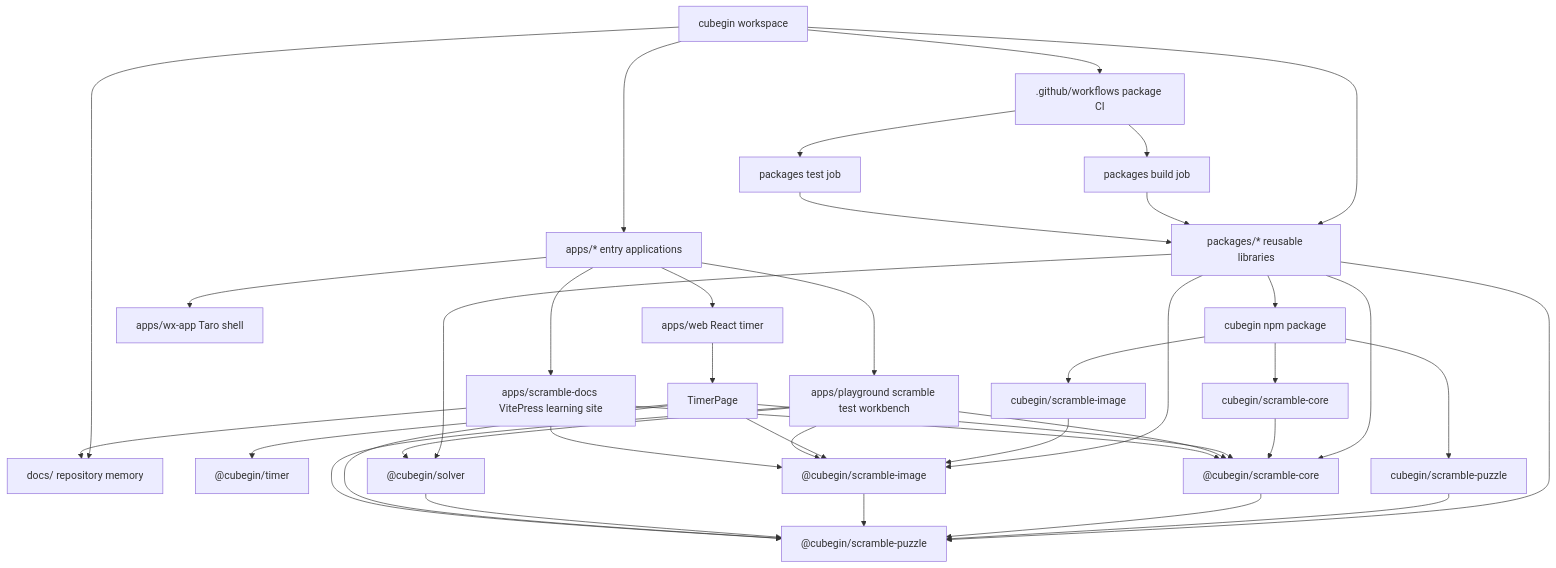
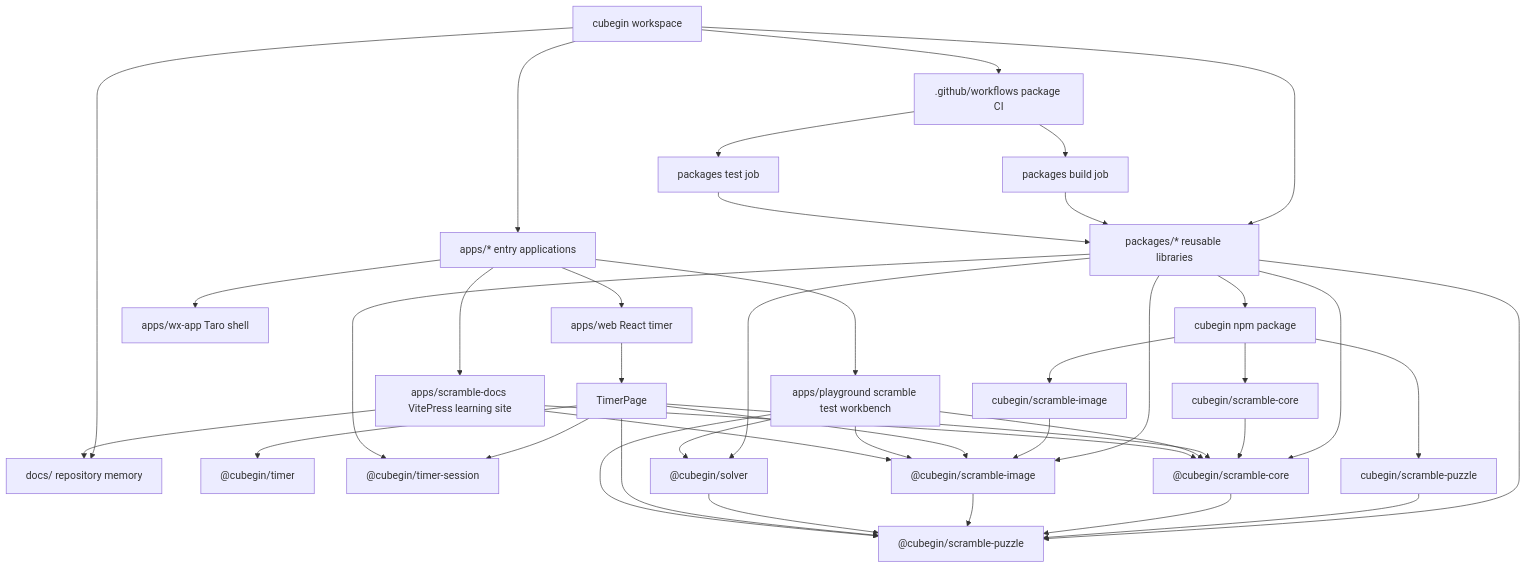
One commit to deweyou/cube-kit changed the diagram in docs/project-structure.md. Above: the diagram before and after it, drawn with Mermaid. The commit also changed other lines of this file and 14 other files, not shown here.

Commit message:
docs: update timer session memory

````diff
--- a/docs/project-structure.md
+++ b/docs/project-structure.md
@@ -3,41 +3,43 @@
 ```mermaid
 flowchart TD
     Root["cubegin workspace"] --> Apps["apps/* entry applications"]
     Root --> Packages["packages/* reusable libraries"]
     Root --> Docs["docs/ repository memory"]
     Root --> Ci[".github/workflows package CI"]
     Apps --> Web["apps/web React timer"]
     Apps --> Playground["apps/playground scramble test workbench"]
     Apps --> ScrambleDocs["apps/scramble-docs VitePress learning site"]
     Apps --> Wx["apps/wx-app Taro shell"]
     Web --> TimerPage["TimerPage"]
     TimerPage --> TimerPkg["@cubegin/timer"]
+    TimerPage --> TimerSessionPkg["@cubegin/timer-session"]
     Packages --> PublicCore["cubegin npm package"]
+    Packages --> TimerSessionPkg
     Packages --> PuzzlePkg["@cubegin/scramble-puzzle"]
     Packages --> CorePkg["@cubegin/scramble-core"]
     Packages --> ImagePkg["@cubegin/scramble-image"]
     Packages --> SolverPkg["@cubegin/solver"]
     PublicCore --> CorePath["cubegin/scramble-core"]
     PublicCore --> ImagePath["cubegin/scramble-image"]
     PublicCore --> PuzzlePath["cubegin/scramble-puzzle"]
     CorePath --> CorePkg
     ImagePath --> ImagePkg
     PuzzlePath --> PuzzlePkg
     CorePkg --> PuzzlePkg
     ImagePkg --> PuzzlePkg
     SolverPkg --> PuzzlePkg
     TimerPage --> CorePkg
     TimerPage --> ImagePkg
     TimerPage --> PuzzlePkg
     Playground --> CorePkg
     Playground --> ImagePkg
     Playground --> PuzzlePkg
     Playground --> SolverPkg
     ScrambleDocs --> CorePkg
     ScrambleDocs --> ImagePkg
     ScrambleDocs --> Docs
     Ci --> PackageBuild["packages build job"]
     Ci --> PackageTest["packages test job"]
     PackageBuild --> Packages
     PackageTest --> Packages
 ```
````
